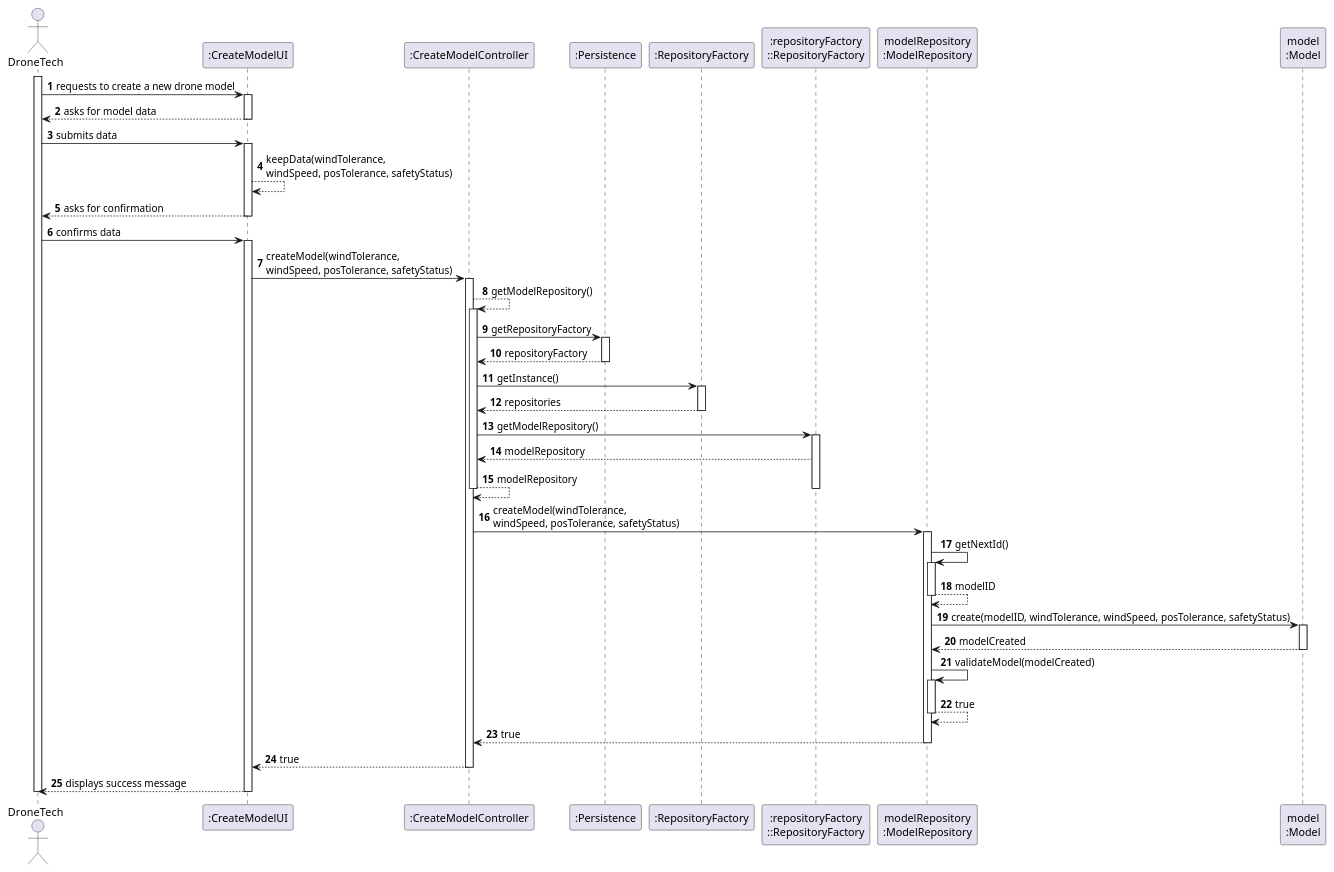
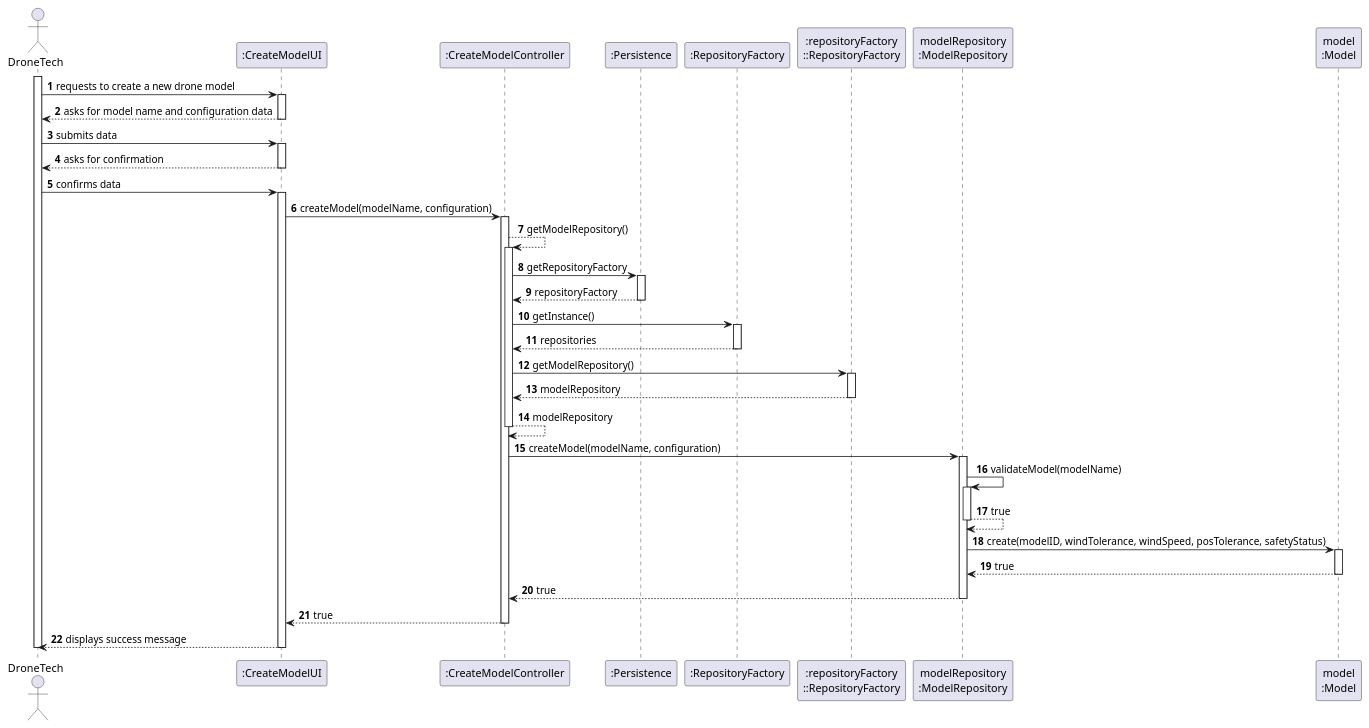
Before and after one commit to diogoveirospro/sem4pi-2024-2025-sem4pi_2024_2025_g44: the diagram in docs/SPRINT_2/US240/puml/sequence_diagram_us240.puml, drawn with PlantUML. The commit also changed 20 other files, not shown here.

```diff
--- a/docs/SPRINT_2/US240/puml/sequence_diagram_us240.puml
+++ b/docs/SPRINT_2/US240/puml/sequence_diagram_us240.puml
@@ -1,79 +1,74 @@
 @startuml
 'skinparam monochrome
 
 skinparam packageStyle rectangle
 skinparam shadowing false
 
 autonumber
 
 actor "DroneTech" as DT
 participant ":CreateModelUI" as UI
 participant ":CreateModelController" as CTRL
 participant ":Persistence" as PERS
 participant ":RepositoryFactory" as REPOS
 participant ":repositoryFactory\n::RepositoryFactory" as REPOS_SINGLETON
 participant "modelRepository\n:ModelRepository" as MOD_REPO
 participant "model\n:Model" as MODEL
 
 activate DT
 
 DT -> UI : requests to create a new drone model
 activate UI
-    UI --> DT : asks for model data
+    UI --> DT : asks for model name and configuration data
     deactivate UI
     DT -> UI : submits data
     activate UI
-    UI --> UI : keepData(windTolerance, \nwindSpeed, posTolerance, safetyStatus)
     UI --> DT : asks for confirmation
     deactivate UI
     DT -> UI : confirms data
     activate UI
-    UI -> CTRL : createModel(windTolerance, \nwindSpeed, posTolerance, safetyStatus)
+    UI -> CTRL : createModel(modelName, configuration)
     activate CTRL
         CTRL --> CTRL :getModelRepository()
         activate CTRL
         CTRL -> PERS : getRepositoryFactory
                                                 activate PERS
                                                 PERS --> CTRL : repositoryFactory
                                                 deactivate PERS
         CTRL -> REPOS : getInstance()
         activate REPOS
             REPOS --> CTRL : repositories
         deactivate REPOS
 
         CTRL -> REPOS_SINGLETON : getModelRepository()
         activate REPOS_SINGLETON
             REPOS_SINGLETON --> CTRL : modelRepository
+            deactivate REPOS_SINGLETON
         CTRL -->CTRL : modelRepository
-        deactivate REPOS_SINGLETON
+
         deactivate CTRL
-            CTRL -> MOD_REPO : createModel(windTolerance, \nwindSpeed, posTolerance, safetyStatus)
+            CTRL -> MOD_REPO : createModel(modelName, configuration)
 
             activate MOD_REPO
-        MOD_REPO -> MOD_REPO : getNextId()
-        activate MOD_REPO
-        MOD_REPO --> MOD_REPO : modelID
-        deactivate MOD_REPO
 
-        MOD_REPO -> MODEL : create(modelID, windTolerance, windSpeed, posTolerance, safetyStatus)
-        activate MODEL
-        MODEL -->MOD_REPO : modelCreated
-        deactivate MODEL
-                    MOD_REPO -> MOD_REPO: validateModel(modelCreated)
+                          MOD_REPO -> MOD_REPO: validateModel(modelName)
                     activate MOD_REPO
                         MOD_REPO --> MOD_REPO : true
                     deactivate MOD_REPO
-
+        MOD_REPO -> MODEL : create(modelID, windTolerance, windSpeed, posTolerance, safetyStatus)
+        activate MODEL
+        MODEL--> MOD_REPO : true
+        deactivate MODEL
                     MOD_REPO --> CTRL : true
 
         deactivate MOD_REPO
 
         CTRL --> UI : true
 
     deactivate CTRL
 
 UI --> DT : displays success message
 deactivate UI
 deactivate DT
 
 @enduml
```
